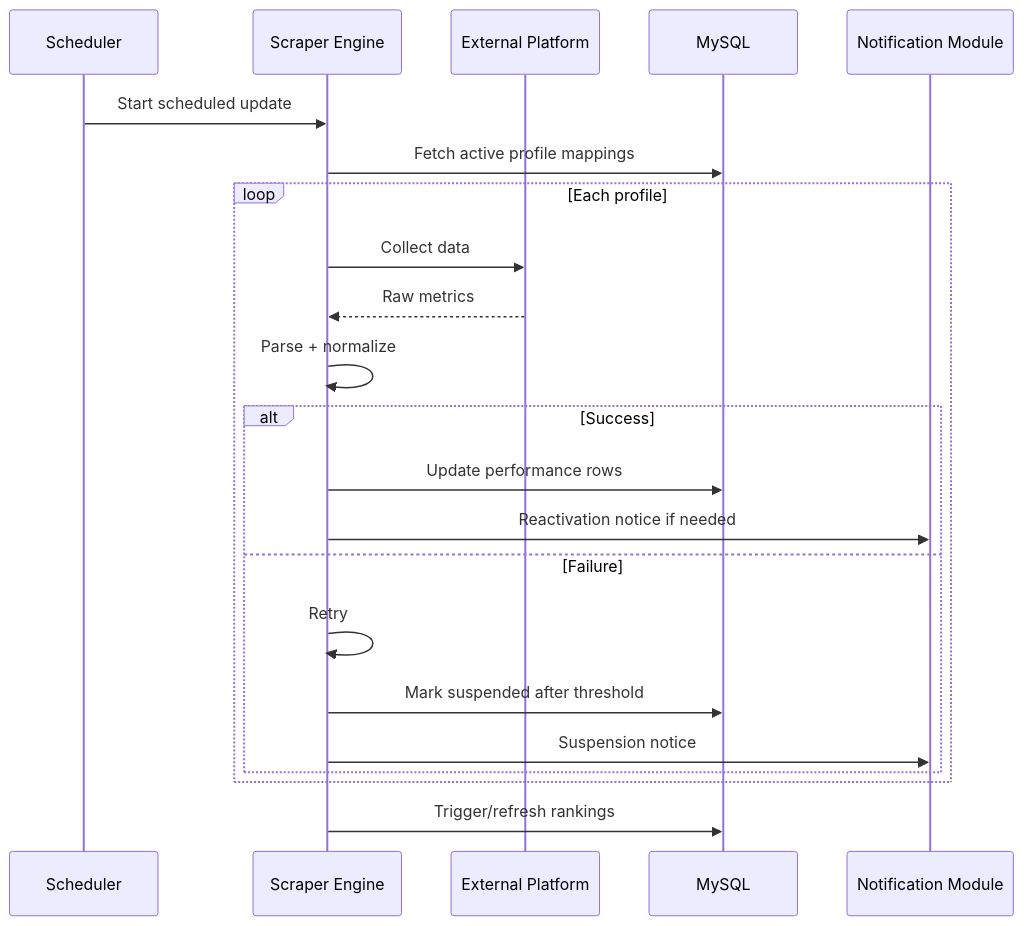
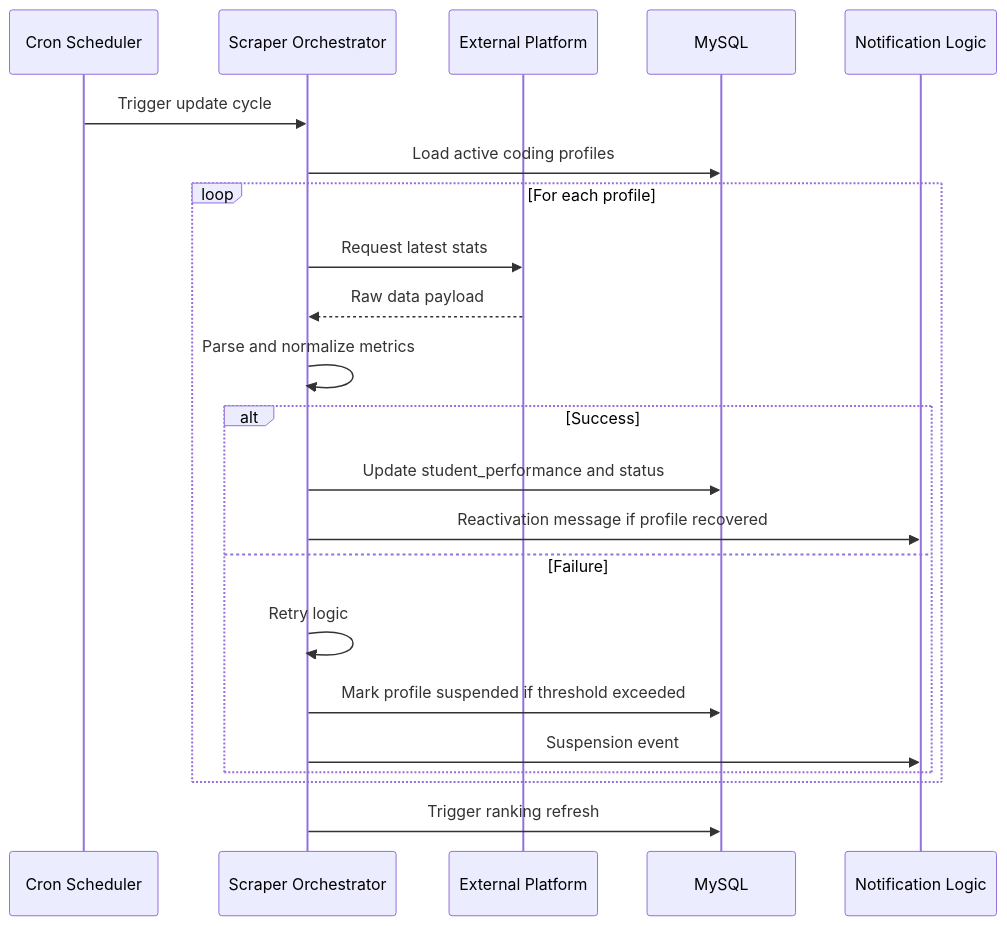
The third of 7 diagrams in projectdocumentation.md (ramalokeshreddyp/code_to_win), drawn with Mermaid before and after one commit. The commit also changed other lines of this file and 35 other files, not shown here.

````diff
--- a/projectdocumentation.md
+++ b/projectdocumentation.md
@@ -119,25 +108,25 @@
 ```mermaid
 sequenceDiagram
-  participant Cron as Scheduler
-  participant Engine as Scraper Engine
-  participant Platform as External Platform
+  participant Scheduler as Cron Scheduler
+  participant Engine as Scraper Orchestrator
+  participant External as External Platform
   participant DB as MySQL
-  participant Notify as Notification Module
+  participant Notify as Notification Logic
 
-  Cron->>Engine: Start scheduled update
-  Engine->>DB: Fetch active profile mappings
-  loop Each profile
-    Engine->>Platform: Collect data
-    Platform-->>Engine: Raw metrics
-    Engine->>Engine: Parse + normalize
+  Scheduler->>Engine: Trigger update cycle
+  Engine->>DB: Load active coding profiles
+  loop For each profile
+    Engine->>External: Request latest stats
+    External-->>Engine: Raw data payload
+    Engine->>Engine: Parse and normalize metrics
     alt Success
-      Engine->>DB: Update performance rows
-      Engine->>Notify: Reactivation notice if needed
+      Engine->>DB: Update student_performance and status
+      Engine->>Notify: Reactivation message if profile recovered
     else Failure
-      Engine->>Engine: Retry
-      Engine->>DB: Mark suspended after threshold
-      Engine->>Notify: Suspension notice
+      Engine->>Engine: Retry logic
+      Engine->>DB: Mark profile suspended if threshold exceeded
+      Engine->>Notify: Suspension event
     end
   end
-  Engine->>DB: Trigger/refresh rankings
+  Engine->>DB: Trigger ranking refresh
 ```
````
